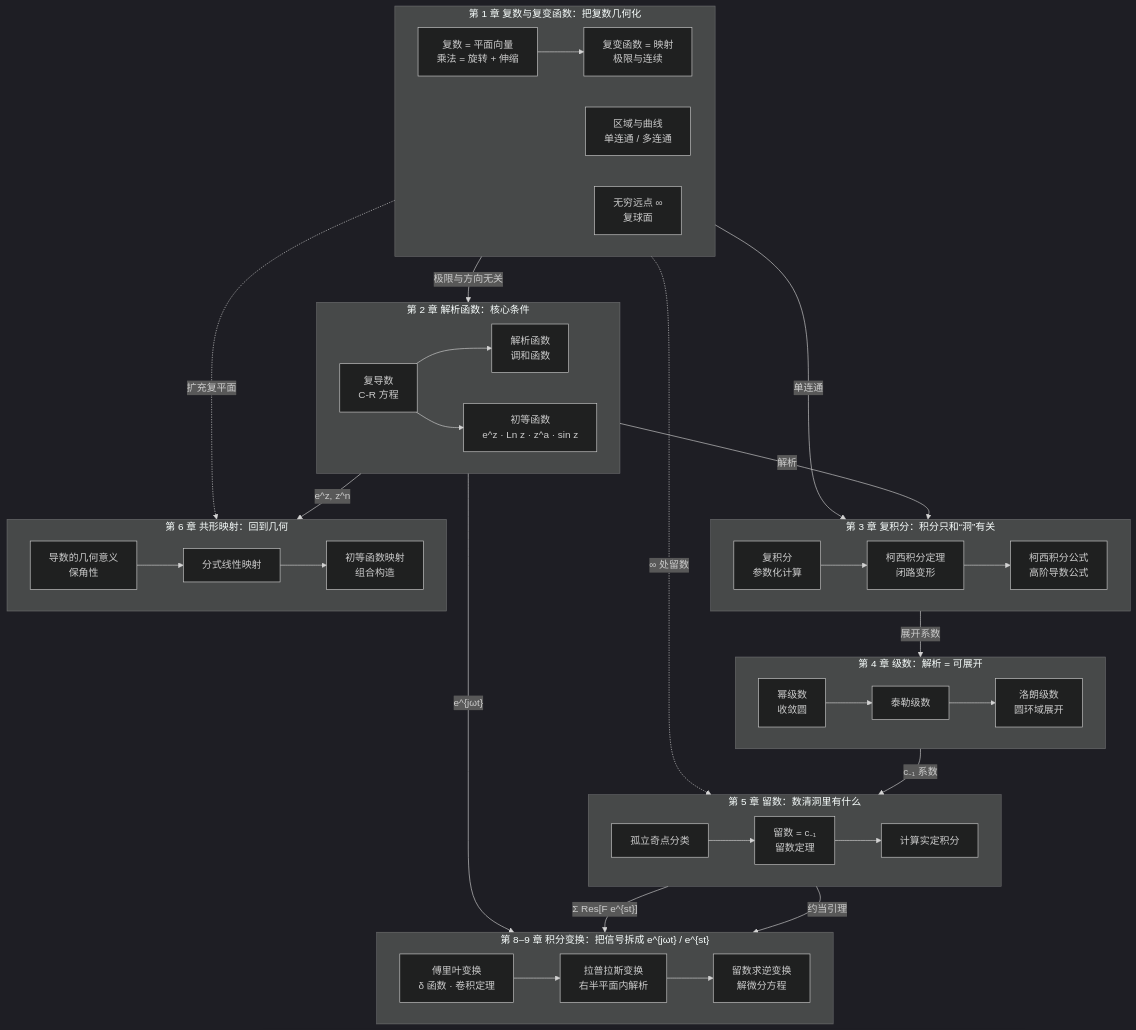
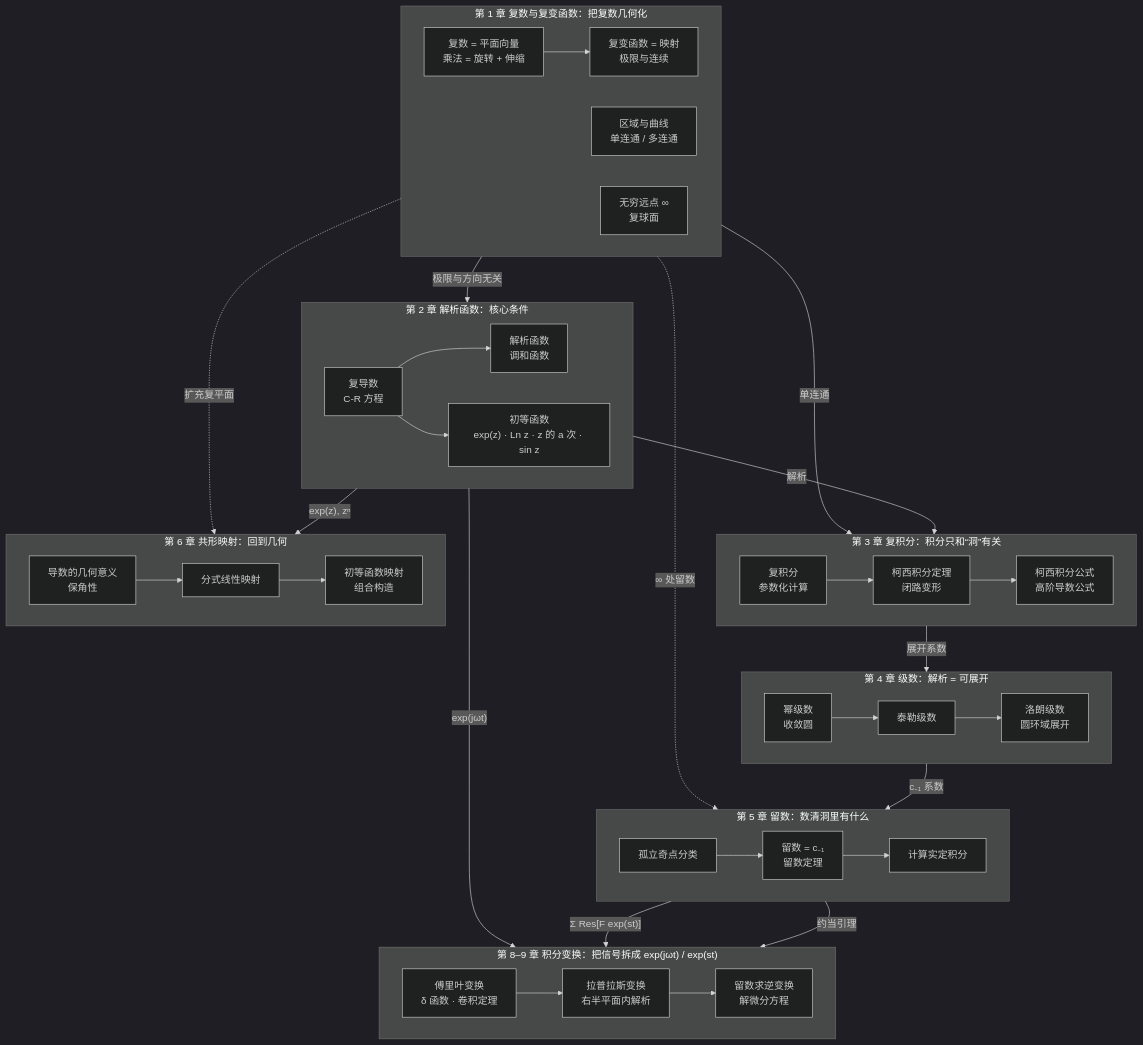
One commit to cockroach-f/complex-functions changed the diagram in docs/index.md. Above: the diagram before and after it, drawn with Mermaid (dark theme). The commit also changed 2 other files, not shown here.

Commit message:
归纳图里的指数改成 exp，避免 ^ 和花括号原样显示。

````diff
--- a/docs/index.md
+++ b/docs/index.md
@@ -20,45 +20,45 @@
 ```mermaid
 flowchart TB
     subgraph C1["第 1 章 复数与复变函数：把复数几何化"]
         direction LR
         A1["复数 = 平面向量<br/>乘法 = 旋转 + 伸缩"] --> A3["复变函数 = 映射<br/>极限与连续"]
         A2["区域与曲线<br/>单连通 / 多连通"]
         A4["无穷远点 ∞<br/>复球面"]
     end
     subgraph C2["第 2 章 解析函数：核心条件"]
         direction LR
         B1["复导数<br/>C-R 方程"] --> B2["解析函数<br/>调和函数"]
-        B1 --> B3["初等函数<br/>e^z · Ln z · z^a · sin z"]
+        B1 --> B3["初等函数<br/>exp(z) · Ln z · z 的 a 次 · sin z"]
     end
     subgraph C3["第 3 章 复积分：积分只和“洞”有关"]
         direction LR
         D1["复积分<br/>参数化计算"] --> D2["柯西积分定理<br/>闭路变形"] --> D3["柯西积分公式<br/>高阶导数公式"]
     end
     subgraph C4["第 4 章 级数：解析 = 可展开"]
         direction LR
         E1["幂级数<br/>收敛圆"] --> E2["泰勒级数"] --> E3["洛朗级数<br/>圆环域展开"]
     end
     subgraph C5["第 5 章 留数：数清洞里有什么"]
         direction LR
         F1["孤立奇点分类"] --> F2["留数 = c₋₁<br/>留数定理"] --> F3["计算实定积分"]
     end
     subgraph C6["第 6 章 共形映射：回到几何"]
         direction LR
         G1["导数的几何意义<br/>保角性"] --> G2["分式线性映射"] --> G3["初等函数映射<br/>组合构造"]
     end
     A3 -- "极限与方向无关" --> B1
     A2 -- "单连通" --> D2
     B1 -- "解析" --> D2
     D3 -- "展开系数" --> E2
     E3 -- "c₋₁ 系数" --> F2
     A4 -. "∞ 处留数" .-> F2
     A4 -. "扩充复平面" .-> G2
-    B3 -- "e^z, z^n" --> G3
-    subgraph C8["第 8–9 章 积分变换：把信号拆成 e^{jωt} / e^{st}"]
+    B3 -- "exp(z), zⁿ" --> G3
+    subgraph C8["第 8–9 章 积分变换：把信号拆成 exp(jωt) / exp(st)"]
         direction LR
         H1["傅里叶变换<br/>δ 函数 · 卷积定理"] --> H2["拉普拉斯变换<br/>右半平面内解析"] --> H3["留数求逆变换<br/>解微分方程"]
     end
-    B3 -- "e^{jωt}" --> H1
+    B3 -- "exp(jωt)" --> H1
     F3 -- "约当引理" --> H1
-    F2 -- "Σ Res[F e^{st}]" --> H3
+    F2 -- "Σ Res[F exp(st)]" --> H3
 ```
````
